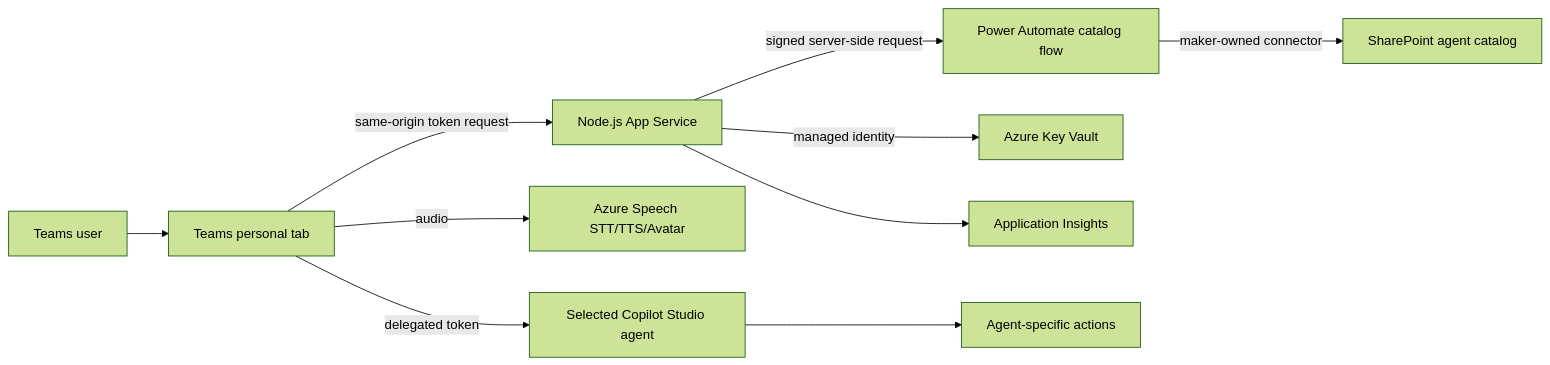
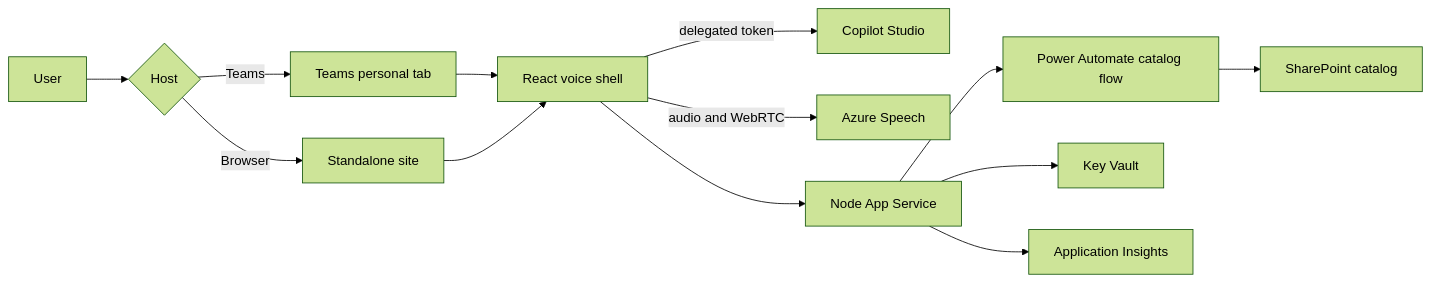
One commit to KarimaKT/voice-agent-catalog changed the diagram in README.md. Above: the diagram before and after it, drawn with Mermaid (forest theme). The commit also changed other lines of this file and 31 other files, not shown here.

````diff
--- a/README.md
+++ b/README.md
@@ -77,12 +145,15 @@
 ```mermaid
 flowchart LR
-    U[Teams user] --> T[Teams personal tab]
-    T -->|delegated token| C[Selected Copilot Studio agent]
-    T -->|audio| S[Azure Speech STT/TTS/Avatar]
-    T -->|same-origin token request| W[Node.js App Service]
-    W -->|signed server-side request| F[Power Automate catalog flow]
-    F -->|maker-owned connector| L[SharePoint agent catalog]
-    W -->|managed identity| K[Azure Key Vault]
-    W --> A[Application Insights]
-    C --> X[Agent-specific actions]
+    U[User] --> H{Host}
+    H -->|Teams| T[Teams personal tab]
+    H -->|Browser| B[Standalone site]
+    T --> R[React voice shell]
+    B --> R
+    R -->|delegated token| C[Copilot Studio]
+    R -->|audio and WebRTC| S[Azure Speech]
+    R --> W[Node App Service]
+    W --> F[Power Automate catalog flow]
+    F --> L[SharePoint catalog]
+    W --> K[Key Vault]
+    W --> I[Application Insights]
 ```
````
